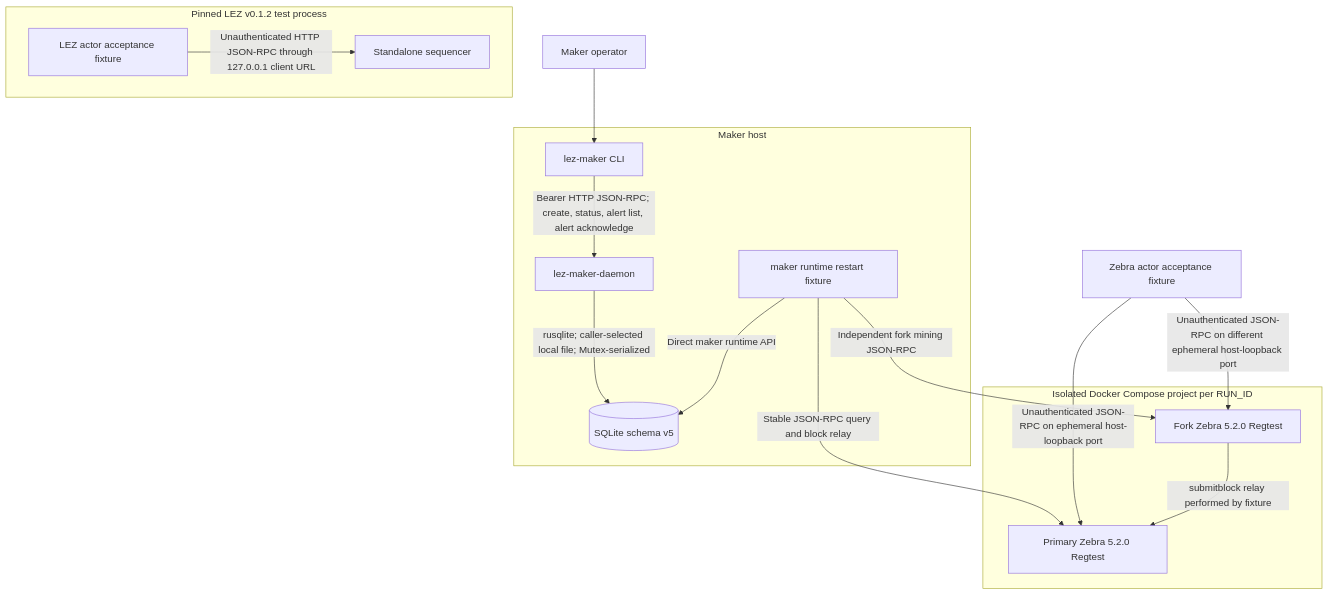
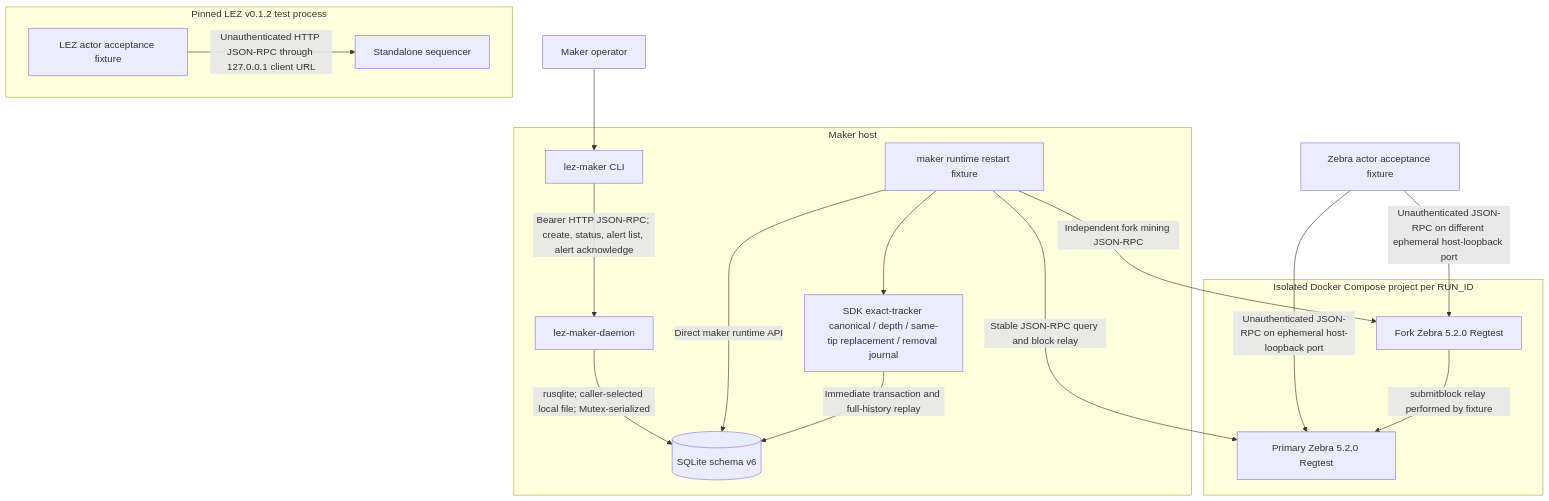
The first of 4 diagrams in docs/architecture/deployment-components-and-rpcs.md (gateway-fm/lez-atomic-swaps), drawn with Mermaid before and after one commit. The commit also changed other lines of this file and 18 other files, not shown here.

Commit message:
feat: journal canonical maker observations

````diff
--- a/docs/architecture/deployment-components-and-rpcs.md
+++ b/docs/architecture/deployment-components-and-rpcs.md
@@ -13,34 +13,37 @@
 ```mermaid
 flowchart TB
     Operator["Maker operator"]
 
     subgraph MakerHost["Maker host"]
         CLI["lez-maker CLI"]
         Daemon["lez-maker-daemon"]
-        Store[("SQLite schema v5")]
+        Store[("SQLite schema v6")]
         RuntimeTest["maker runtime restart fixture"]
+        SdkJournal["SDK exact-tracker canonical / depth / same-tip replacement / removal journal"]
     end
 
     subgraph ZebraProject["Isolated Docker Compose project per RUN_ID"]
         ZebraPrimary["Primary Zebra 5.2.0 Regtest"]
         ZebraFork["Fork Zebra 5.2.0 Regtest"]
     end
 
     ZebraTest["Zebra actor acceptance fixture"]
 
     subgraph LezProcess["Pinned LEZ v0.1.2 test process"]
         LezTest["LEZ actor acceptance fixture"]
         LezNode["Standalone sequencer"]
     end
 
     Operator --> CLI
     CLI -->|"Bearer HTTP JSON-RPC; create, status, alert list, alert acknowledge"| Daemon
     Daemon -->|"rusqlite; caller-selected local file; Mutex-serialized"| Store
     RuntimeTest -->|"Direct maker runtime API"| Store
+    RuntimeTest --> SdkJournal
+    SdkJournal -->|"Immediate transaction and full-history replay"| Store
     RuntimeTest -->|"Stable JSON-RPC query and block relay"| ZebraPrimary
     RuntimeTest -->|"Independent fork mining JSON-RPC"| ZebraFork
     ZebraTest -->|"Unauthenticated JSON-RPC on ephemeral host-loopback port"| ZebraPrimary
     ZebraTest -->|"Unauthenticated JSON-RPC on different ephemeral host-loopback port"| ZebraFork
     ZebraFork -->|"submitblock relay performed by fixture"| ZebraPrimary
     LezTest -->|"Unauthenticated HTTP JSON-RPC through 127.0.0.1 client URL"| LezNode
 ```
````
